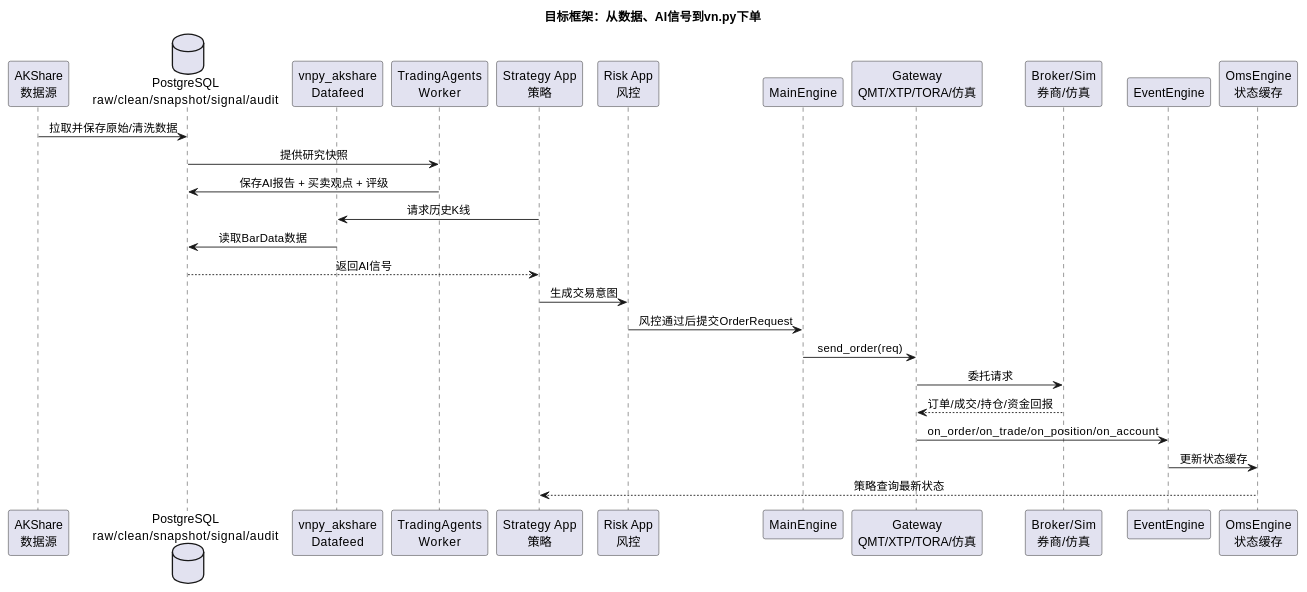
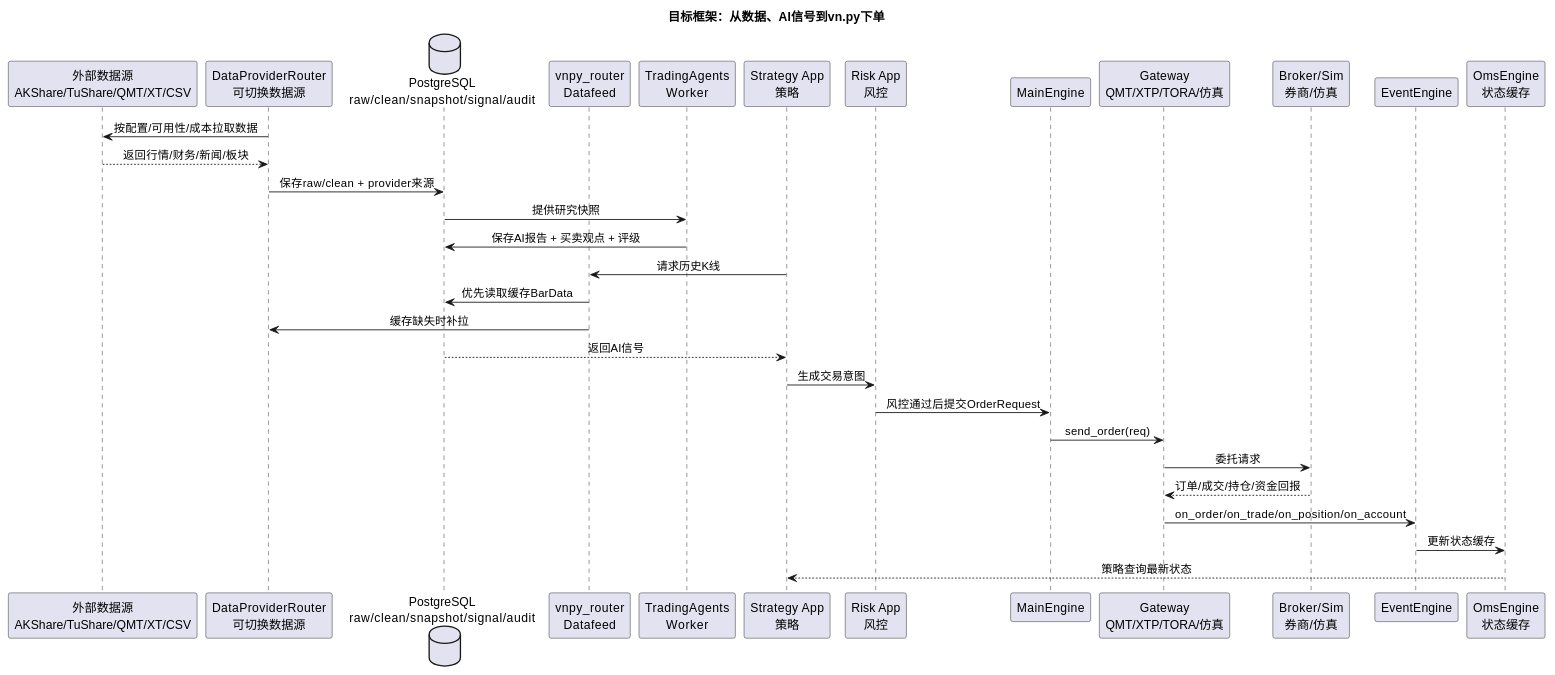
The fifth of 16 diagrams in docs/community/info/custom_quant_architecture.md (zhoudirac-C/vnpy), drawn with PlantUML before and after one commit. The commit also changed other lines of this file and 10 other files, not shown here.

Commit message:
feat: add router datafeed foundation

````diff
--- a/docs/community/info/custom_quant_architecture.md
+++ b/docs/community/info/custom_quant_architecture.md
@@ -283,36 +304,40 @@
 ```plantuml
 @startuml
 title 目标框架：从数据、AI信号到vn.py下单
 
 skinparam shadowing false
 skinparam sequenceMessageAlign center
 
-participant "AKShare\n数据源" as AK
+participant "外部数据源\nAKShare/TuShare/QMT/XT/CSV" as Provider
+participant "DataProviderRouter\n可切换数据源" as Router
 database "PostgreSQL\nraw/clean/snapshot/signal/audit" as PG
-participant "vnpy_akshare\nDatafeed" as DF
+participant "vnpy_router\nDatafeed" as DF
 participant "TradingAgents\nWorker" as TA
 participant "Strategy App\n策略" as Strategy
 participant "Risk App\n风控" as Risk
 participant "MainEngine" as Main
 participant "Gateway\nQMT/XTP/TORA/仿真" as Gateway
 participant "Broker/Sim\n券商/仿真" as Broker
 participant "EventEngine" as Event
 participant "OmsEngine\n状态缓存" as Oms
 
-AK -> PG : 拉取并保存原始/清洗数据
+Router -> Provider : 按配置/可用性/成本拉取数据
+Provider --> Router : 返回行情/财务/新闻/板块
+Router -> PG : 保存raw/clean + provider来源
 PG -> TA : 提供研究快照
 TA -> PG : 保存AI报告 + 买卖观点 + 评级
 Strategy -> DF : 请求历史K线
-DF -> PG : 读取BarData数据
+DF -> PG : 优先读取缓存BarData
+DF -> Router : 缓存缺失时补拉
 PG --> Strategy : 返回AI信号
 Strategy -> Risk : 生成交易意图
 Risk -> Main : 风控通过后提交OrderRequest
 Main -> Gateway : send_order(req)
 Gateway -> Broker : 委托请求
 Broker --> Gateway : 订单/成交/持仓/资金回报
 Gateway -> Event : on_order/on_trade/on_position/on_account
 Event -> Oms : 更新状态缓存
 Oms --> Strategy : 策略查询最新状态
 
 @enduml
 ```
````
